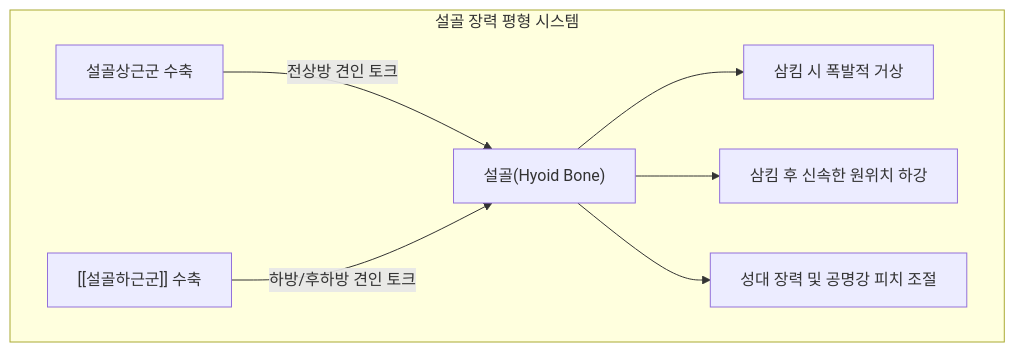
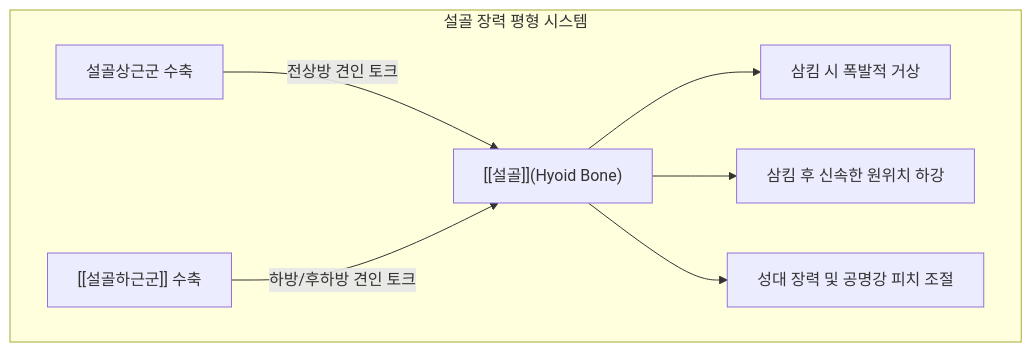
One commit to simbio11/simbio-digital-garden2 changed the second of 3 diagrams in content/1. 근골격계 공부/근육/(2) 경부/설골하근군.md. Above: the diagram before and after it, drawn with Mermaid. The commit also changed other lines of this file and 150 other files, not shown here.

````diff
--- a/content/1. 근골격계 공부/근육/(2) 경부/설골하근군.md
+++ b/content/1. 근골격계 공부/근육/(2) 경부/설골하근군.md
@@ -60,10 +71,10 @@
 ```mermaid
 flowchart TD
     subgraph HyoidTensegrity [설골 장력 평형 시스템]
-        A["설골상근군 수축"] -->|전상방 견인 토크| B["설골(Hyoid Bone)"]
+        A["설골상근군 수축"] -->|전상방 견인 토크| B["[[설골]](Hyoid Bone)"]
         C["[[설골하근군]] 수축"] -->|하방/후하방 견인 토크| B
         B --> D["삼킴 시 폭발적 거상"]
         B --> E["삼킴 후 신속한 원위치 하강"]
         B --> F["성대 장력 및 공명강 피치 조절"]
     end
 ```
````
